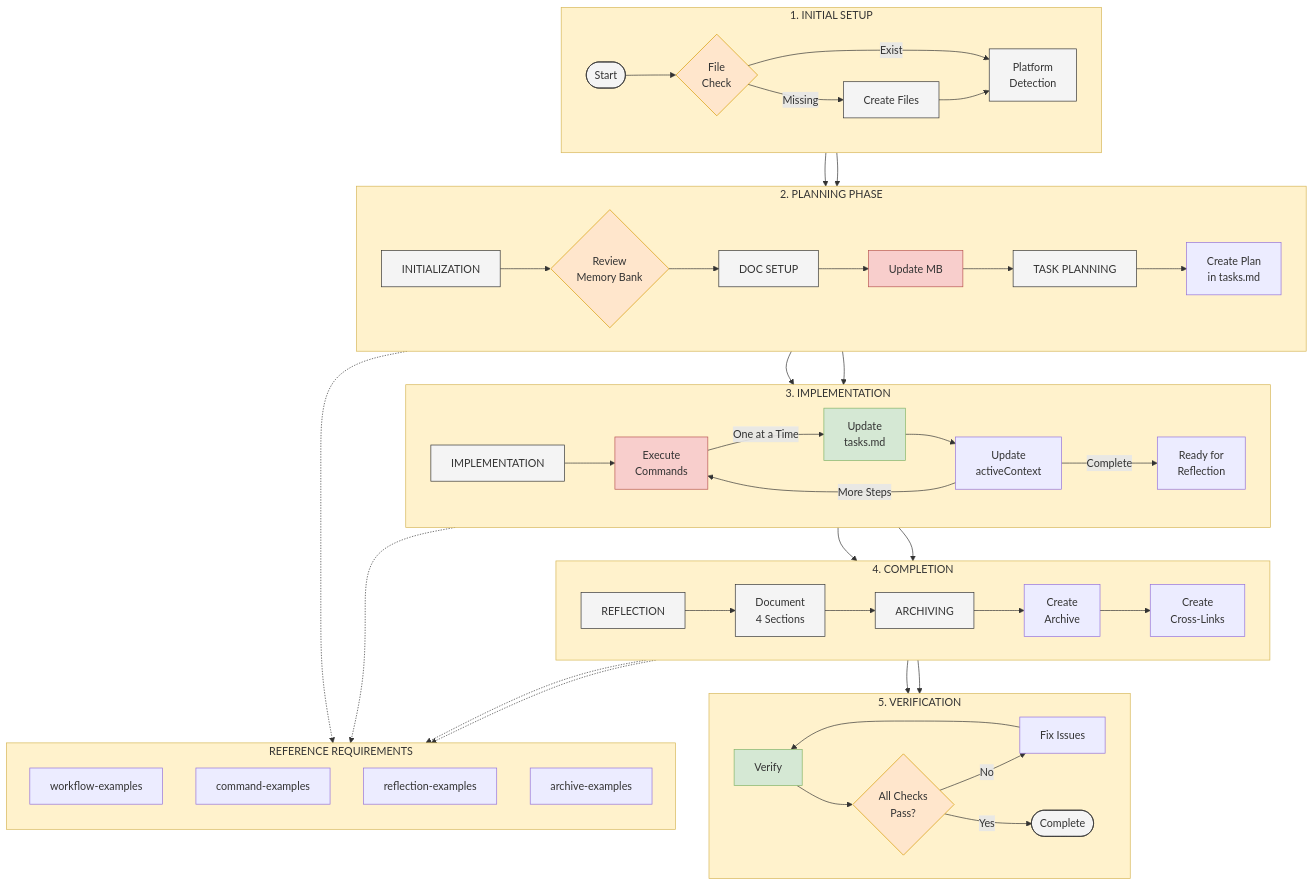
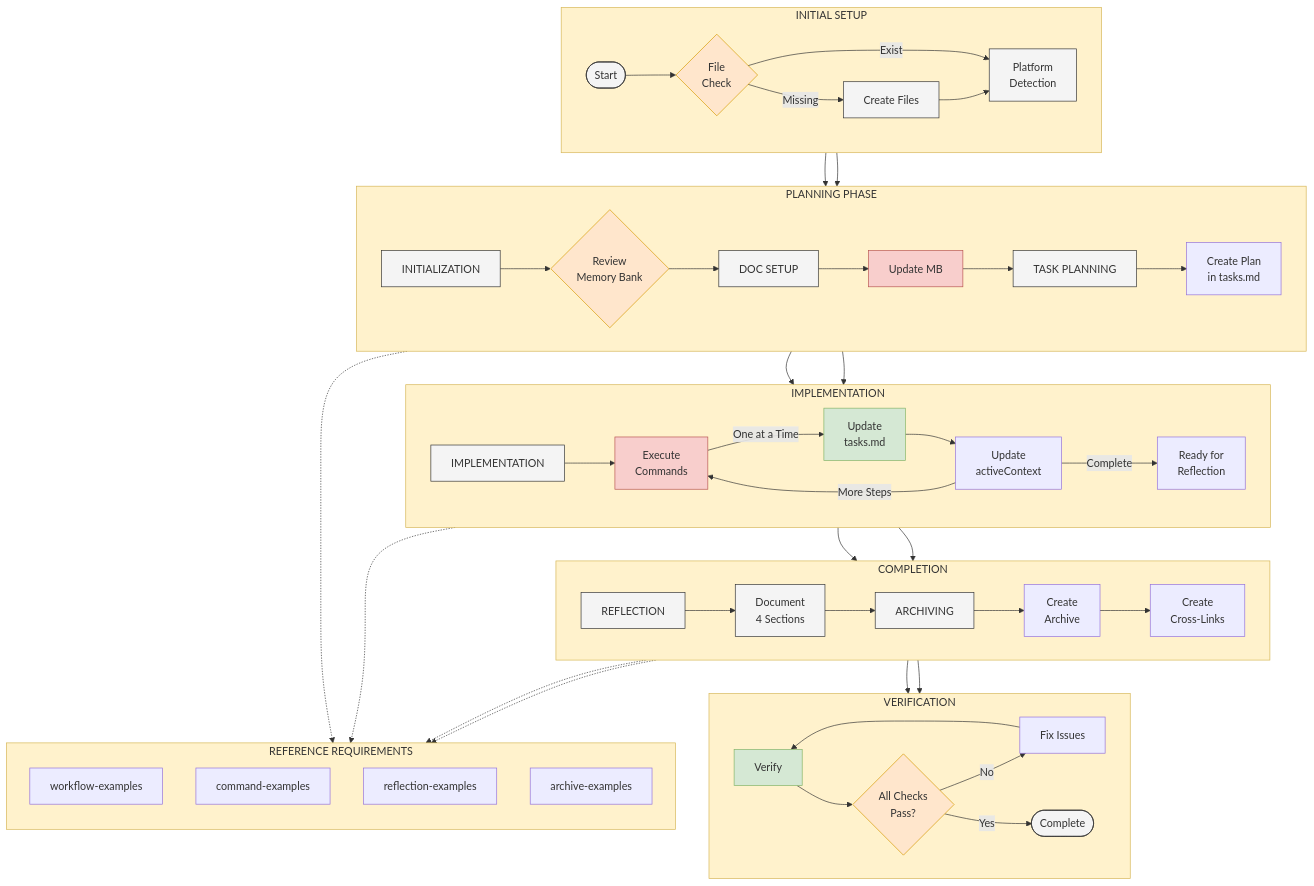
Before and after one commit to yws-coder123/trae-memory-bank: the diagram in images/memory-bank-diagram.mermaid, drawn with Mermaid.

Commit message:
Refine memory bank diagram section labels for consistency
- Updated section labels in the Mermaid diagram to remove numerical prefixes for a cleaner presentation.
- Ensured uniformity in naming conventions across all sections: Initial Setup, Planning, Implementation, Completion, and Verification.
- This change enhances readability and aligns with the overall documentation style.

```diff
--- a/images/memory-bank-diagram.mermaid
+++ b/images/memory-bank-diagram.mermaid
@@ -1,89 +1,89 @@
 flowchart TD
     %% Define styles
     classDef process fill:#f4f4f4,stroke:#333,stroke-width:1px,border-radius:5px
     classDef decision fill:#ffe6cc,stroke:#d79b00,stroke-width:1px,border-radius:10px
     classDef bottleneck fill:#f8cecc,stroke:#b85450,stroke-width:1px,border-radius:5px
     classDef checkpoint fill:#d5e8d4,stroke:#82b366,stroke-width:1px,border-radius:5px
     classDef section fill:#fff2cc,stroke:#d6b656,stroke-width:1px,rounded:true
     
     %% Initial Setup section
-    subgraph Setup ["1. INITIAL SETUP"]
+    subgraph Setup ["INITIAL SETUP"]
         direction LR
         start([Start]) --> checkFiles{File<br>Check}
         checkFiles -->|Missing| createFiles[Create Files]
         checkFiles -->|Exist| platformDetect[Platform<br>Detection]
         createFiles --> platformDetect
     end
     
     %% Planning section
-    subgraph Planning ["2. PLANNING PHASE"]
+    subgraph Planning ["PLANNING PHASE"]
         direction LR
         init[INITIALIZATION] --> checkMB{Review<br>Memory Bank}
         checkMB --> docSetup[DOC SETUP]
         docSetup --> updateMB[Update MB]
         updateMB --> planning[TASK PLANNING]
         planning --> taskPlan[Create Plan<br>in tasks.md]
     end
     
     %% Implementation section
-    subgraph Implementation ["3. IMPLEMENTATION"]
+    subgraph Implementation ["IMPLEMENTATION"]
         direction LR
         impl[IMPLEMENTATION] --> execCmd[Execute<br>Commands]
         execCmd -->|One at a Time| updateTask[Update<br>tasks.md]
         updateTask --> addImpl[Update<br>activeContext]
         addImpl -->|More Steps| execCmd
         addImpl -->|Complete| reflectStart[Ready for<br>Reflection]
     end
     
     %% Reflection and Archiving
-    subgraph Completion ["4. COMPLETION"]
+    subgraph Completion ["COMPLETION"]
         direction LR
         reflect[REFLECTION] --> reflect4[Document<br>4 Sections]
         reflect4 --> archive[ARCHIVING]
         archive --> archiveTask[Create<br>Archive]
         archiveTask --> crossLink[Create<br>Cross-Links]
     end
     
     %% Verification System section
-    subgraph Verification ["5. VERIFICATION"]
+    subgraph Verification ["VERIFICATION"]
         direction LR
         verify[Verify] --> checkAll{All Checks<br>Pass?}
         checkAll -->|No| fixIssues[Fix Issues]
         fixIssues --> verify
         checkAll -->|Yes| complete([Complete])
     end
     
     %% References connections on the side
     subgraph References ["REFERENCE REQUIREMENTS"]
         direction TB
         ref1[workflow-examples]
         ref2[command-examples]
         ref3[reflection-examples]
         ref4[archive-examples]
     end
     
     %% Connect major sections vertically
     Setup --> Planning
     Planning --> Implementation
     Implementation --> Completion
     Completion --> Verification
     
     %% Connect workflow between sections
     platformDetect --> init
     taskPlan --> impl
     reflectStart --> reflect
     crossLink --> verify
     
     %% Connect references
     init -.-> ref1
     impl -.-> ref2
     reflect -.-> ref3
     archive -.-> ref4
     
     %% Apply styles
     class start,complete process
     class checkFiles,checkMB,checkAll decision
     class createFiles,platformDetect,init,docSetup,planning,impl,reflect,archive,reflect4 process
     class execCmd,updateMB bottleneck
     class updateTask,verify checkpoint
     class Setup,Planning,Implementation,Completion,Verification,References section
```
